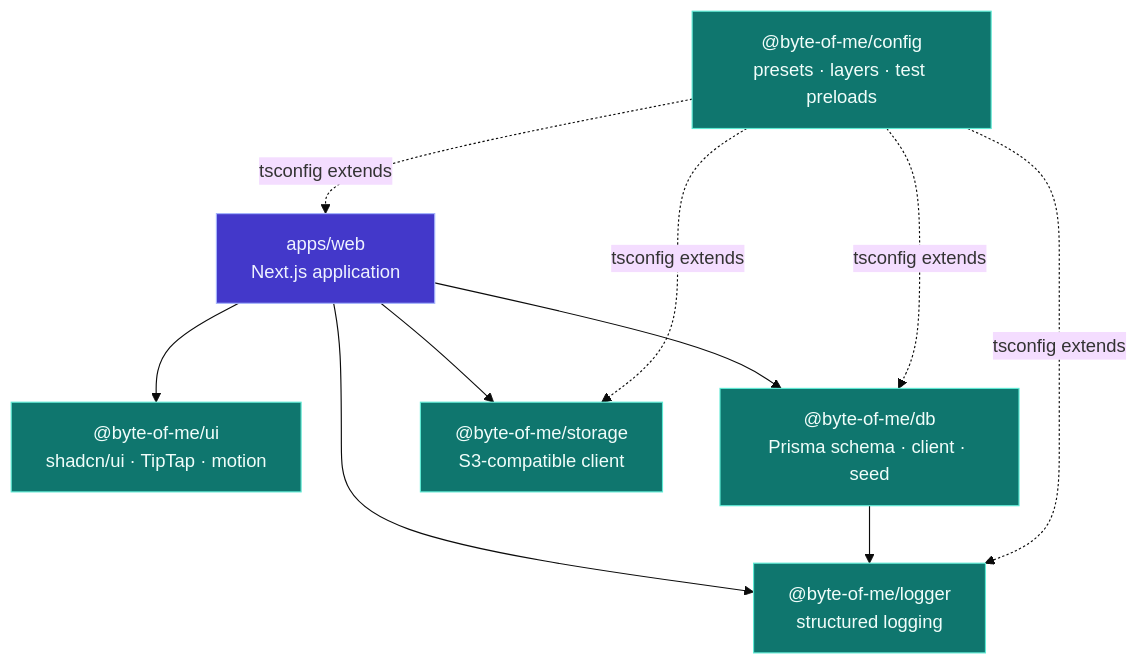
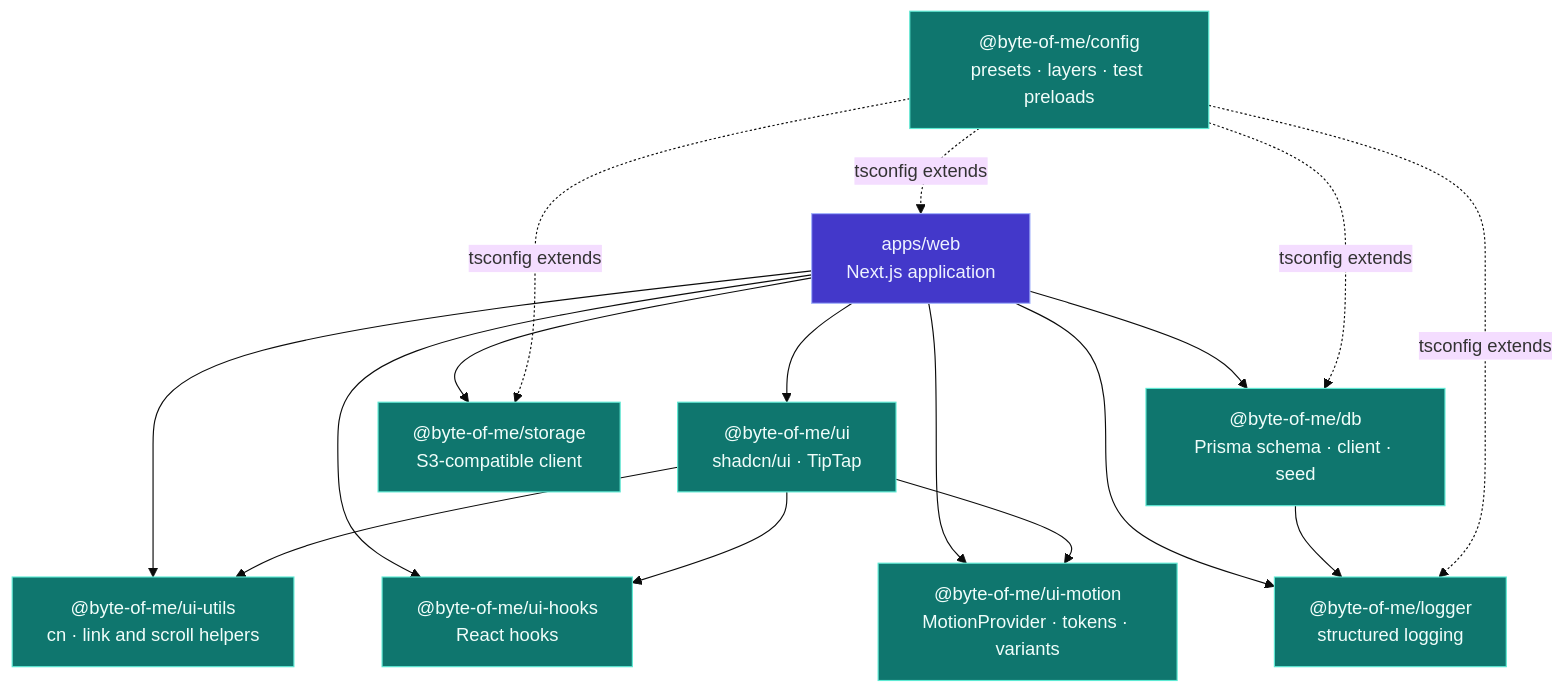
The second of 9 diagrams in docs/architecture.md (lthphuw/byte-of-me), drawn with Mermaid (base theme) before and after one commit. The commit also changed other lines of this file and 115 other files, not shown here.

````diff
--- a/docs/architecture.md
+++ b/docs/architecture.md
@@ -99,27 +99,36 @@
 ```mermaid
 flowchart TB
     WEB["apps/web<br/>Next.js application"]
 
-    UI["@byte-of-me/ui<br/>shadcn/ui · TipTap · motion"]
+    UI["@byte-of-me/ui<br/>shadcn/ui · TipTap"]
+    UTILS["@byte-of-me/ui-utils<br/>cn · link and scroll helpers"]
+    HOOKS["@byte-of-me/ui-hooks<br/>React hooks"]
+    MOTION["@byte-of-me/ui-motion<br/>MotionProvider · tokens · variants"]
     DB["@byte-of-me/db<br/>Prisma schema · client · seed"]
     ST["@byte-of-me/storage<br/>S3-compatible client"]
     LOG["@byte-of-me/logger<br/>structured logging"]
     CFG["@byte-of-me/config<br/>presets · layers · test preloads"]
 
     WEB --> UI
+    WEB --> UTILS
+    WEB --> HOOKS
+    WEB --> MOTION
     WEB --> DB
     WEB --> ST
     WEB --> LOG
+    UI --> UTILS
+    UI --> HOOKS
+    UI --> MOTION
     DB --> LOG
 
     CFG -.->|"tsconfig extends"| WEB
     CFG -.->|"tsconfig extends"| DB
     CFG -.->|"tsconfig extends"| ST
     CFG -.->|"tsconfig extends"| LOG
 
     classDef app fill:#4338ca,stroke:#a5b4fc,color:#eef2ff
     classDef pkg fill:#0f766e,stroke:#5eead4,color:#f0fdfa
 
     class WEB app
-    class UI,DB,ST,LOG,CFG pkg
+    class UI,UTILS,HOOKS,MOTION,DB,ST,LOG,CFG pkg
 ```
````
